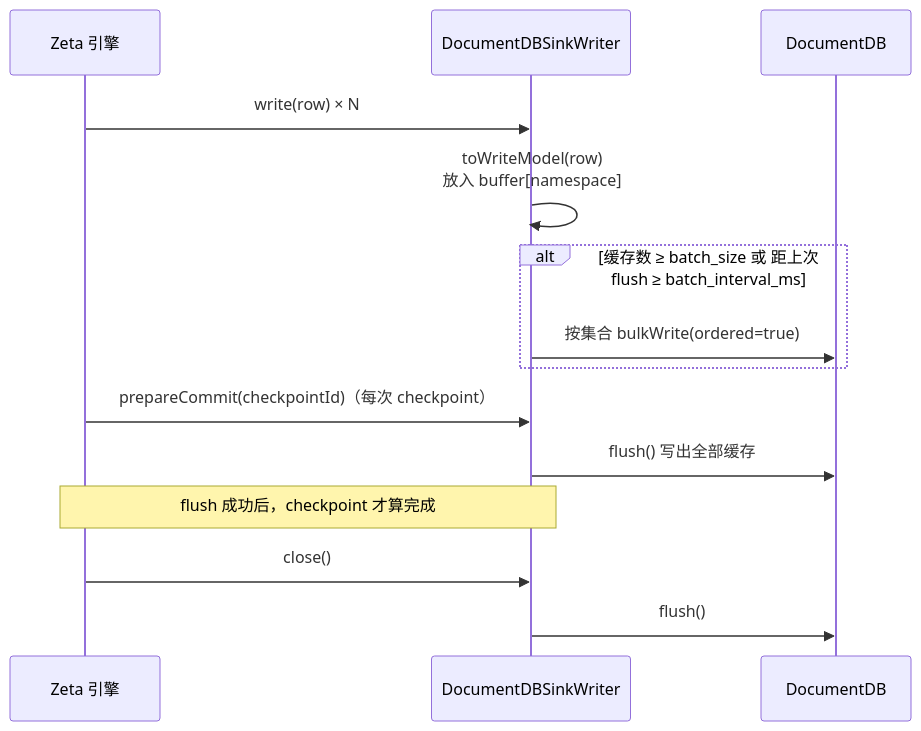
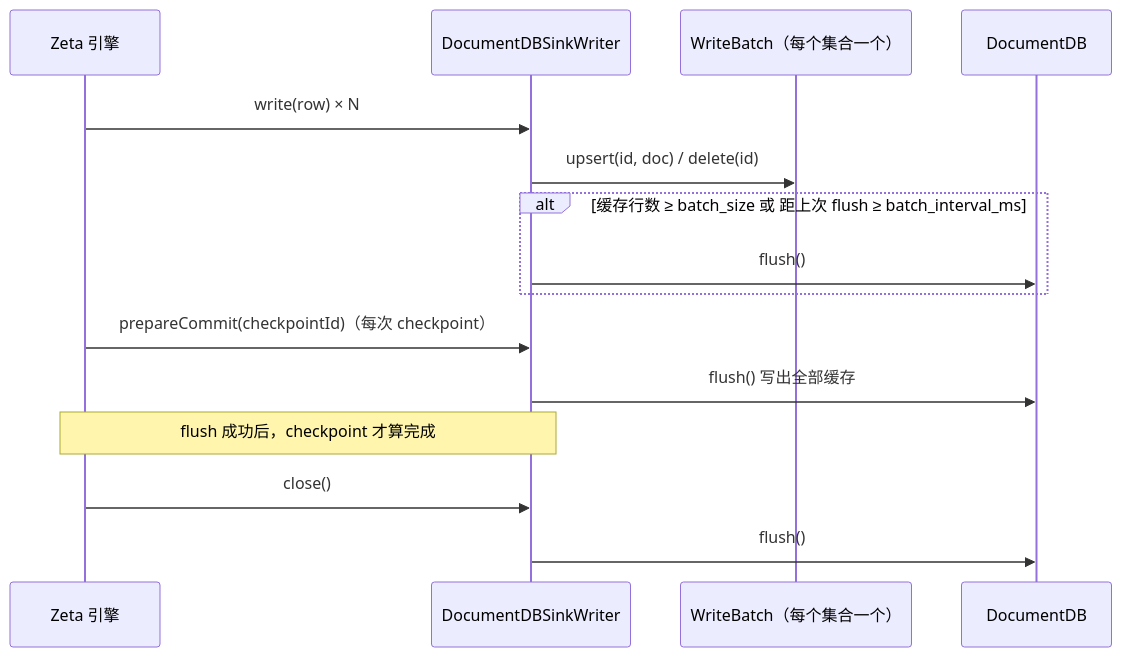
Before and after one commit to yidaimi/seatunnel-cosmos-to-documentdb: the eighth of 8 diagrams in 开发者文档.md, drawn with Mermaid. The commit also changed other lines of this file and 15 other files, not shown here.

````diff
--- a/开发者文档.md
+++ b/开发者文档.md
@@ -604,16 +622,17 @@
 ```mermaid
 sequenceDiagram
     participant Eng as Zeta 引擎
     participant W as DocumentDBSinkWriter
+    participant B as WriteBatch（每个集合一个）
     participant D as DocumentDB
     Eng->>W: write(row) × N
-    W->>W: toWriteModel(row)<br/>放入 buffer[namespace]
-    alt 缓存数 ≥ batch_size 或 距上次 flush ≥ batch_interval_ms
-        W->>D: 按集合 bulkWrite(ordered=true)
+    W->>B: upsert(id, doc) / delete(id)
+    alt 缓存行数 ≥ batch_size 或 距上次 flush ≥ batch_interval_ms
+        W->>D: flush()
     end
     Eng->>W: prepareCommit(checkpointId)（每次 checkpoint）
     W->>D: flush() 写出全部缓存
     Note over Eng,W: flush 成功后，checkpoint 才算完成
     Eng->>W: close()
     W->>D: flush()
 ```
````
